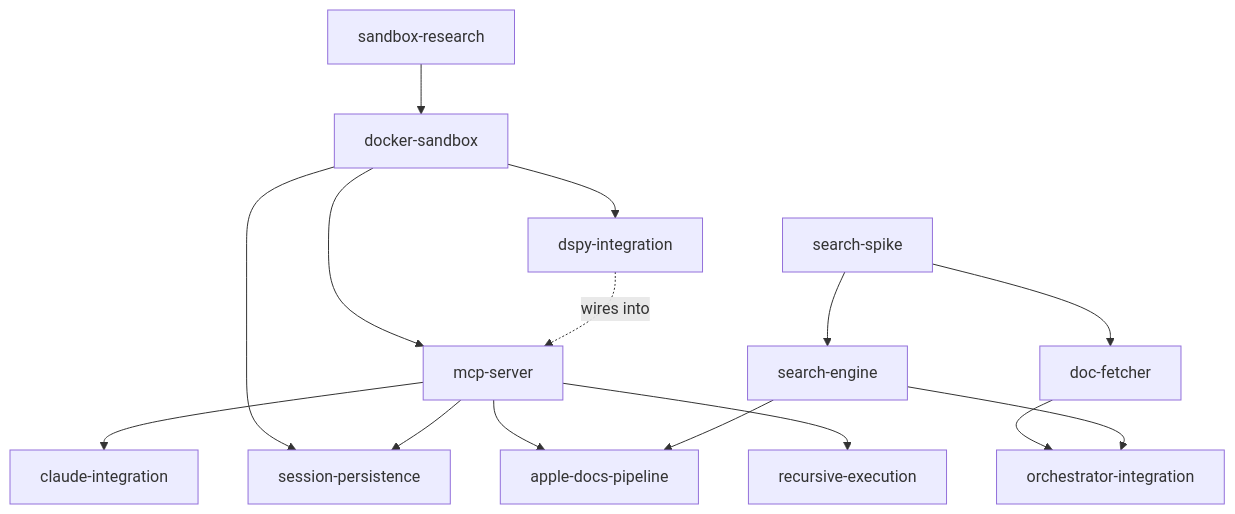
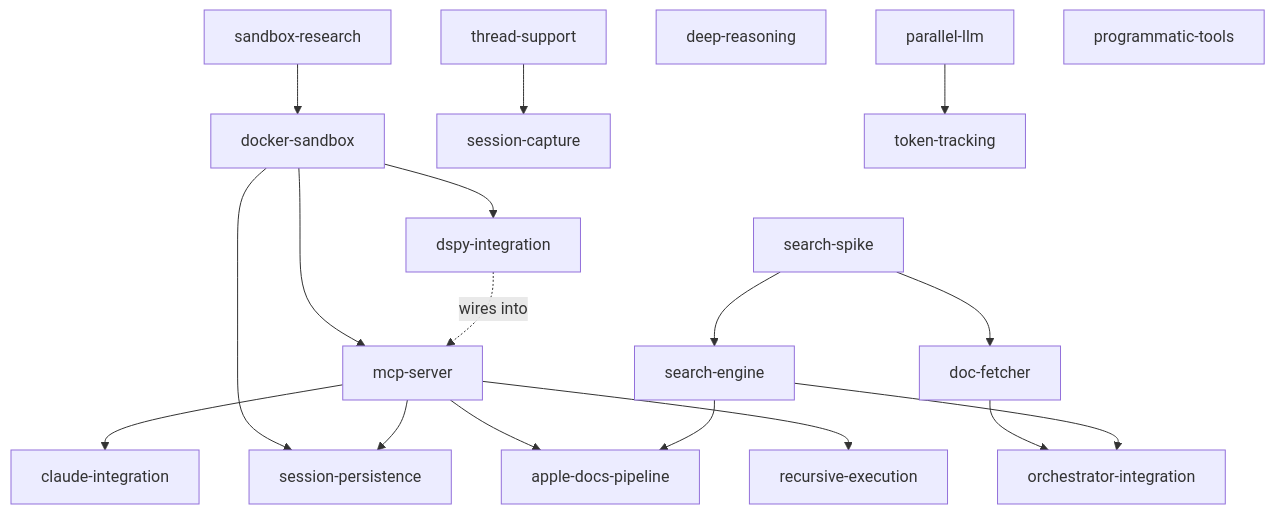
Before and after one commit to shihwesley/rlm-sandbox: the diagram in docs/plans/manifest.md, drawn with Mermaid. The commit also changed other lines of this file and 8 other files, not shown here.

````diff
--- a/docs/plans/manifest.md
+++ b/docs/plans/manifest.md
@@ -13,19 +13,24 @@
 ```mermaid
 graph TD
     R[sandbox-research] --> A[docker-sandbox]
     A --> B[dspy-integration]
     A --> C[mcp-server]
     B -.->|wires into| C
     C --> D[claude-integration]
     A --> E[session-persistence]
     C --> E
 
     SS[search-spike] --> DF[doc-fetcher]
     SS --> SE[search-engine]
     DF --> OI[orchestrator-integration]
     SE --> OI
 
     C --> AD[apple-docs-pipeline]
     SE --> AD
     C --> RE[recursive-execution]
+
+    TS[thread-support] --> SC[session-capture]
+    DR[deep-reasoning]
+    PL[parallel-llm] --> TT[token-tracking]
+    PT[programmatic-tools]
 ```
````
